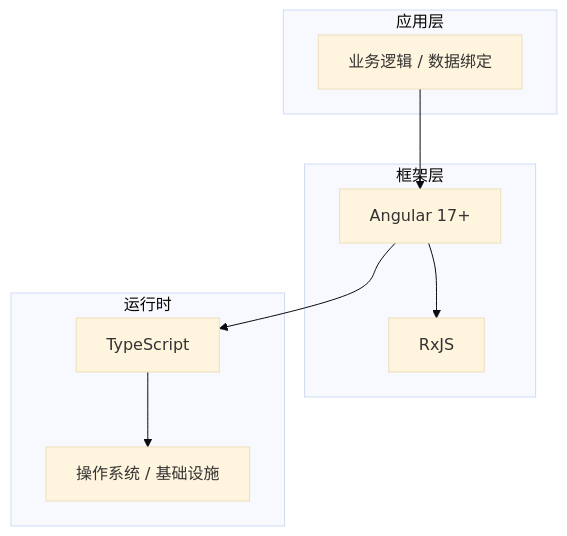
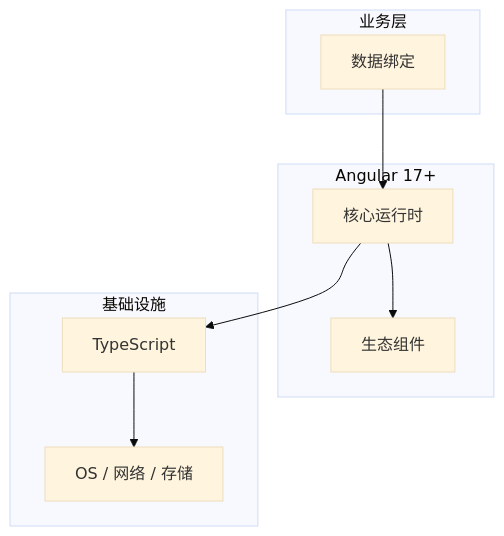
The diagram in articles/Angular/chapters/019-数据绑定核心概念与原理.md (yanggan2015/knowledge-json-v2), drawn with Mermaid (base theme) before and after one commit. The commit also changed other lines of this file and 10127 other files, not shown here.

````diff
--- a/articles/Angular/chapters/019-数据绑定核心概念与原理.md
+++ b/articles/Angular/chapters/019-数据绑定核心概念与原理.md
@@ -45,18 +34,18 @@
 ```mermaid
 graph TB
-    subgraph 应用层
-        A[业务逻辑 / 数据绑定]
+    subgraph 业务层
+        A[数据绑定]
     end
-    subgraph 框架层
-        B[Angular 17+]
-        C[RxJS]
+    subgraph Angular 17+
+        B[核心运行时]
+        C[生态组件]
     end
-    subgraph 运行时
+    subgraph 基础设施
         D[TypeScript]
-        E[操作系统 / 基础设施]
+        E[OS / 网络 / 存储]
     end
     A --> B
     B --> C
     B --> D
     D --> E
 ```
````
